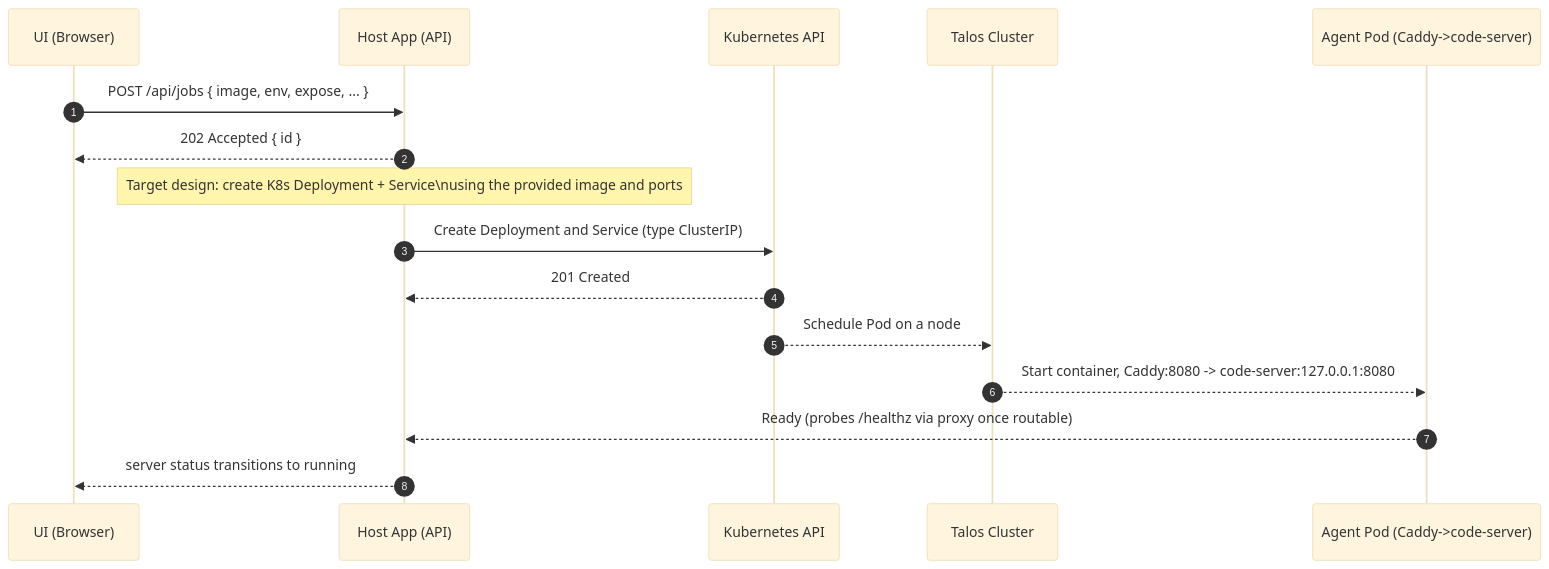
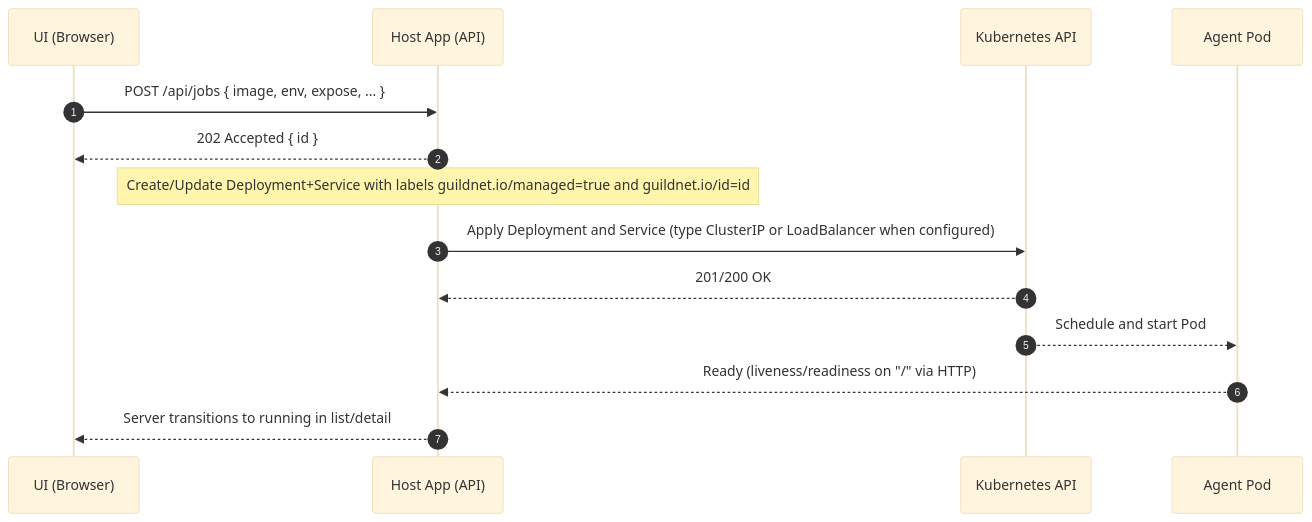
The second of 3 diagrams in architecture.md (docxology/GuildNet), drawn with Mermaid (base theme) before and after one commit. The commit also changed other lines of this file, not shown here.

Commit message:
docs: Revise architecture document for clarity and detail; update goals, components, and flow descriptions

````diff
--- a/architecture.md
+++ b/architecture.md
@@ -98,19 +101,17 @@
 ```mermaid
 sequenceDiagram
   autonumber
   participant U as UI (Browser)
   participant B as Host App (API)
   participant K as Kubernetes API
-  participant C as Talos Cluster
-  participant P as Agent Pod (Caddy->code-server)
+  participant P as Agent Pod
 
   U->>B: POST /api/jobs { image, env, expose, ... }
   B-->>U: 202 Accepted { id }
-  Note over B: Target design: create K8s Deployment + Service\nusing the provided image and ports
-  B->>K: Create Deployment and Service (type ClusterIP)
-  K-->>B: 201 Created
-  K-->>C: Schedule Pod on a node
-  C-->>P: Start container, Caddy:8080 -> code-server:127.0.0.1:8080
-  P-->>B: Ready (probes /healthz via proxy once routable)
-  B-->>U: server status transitions to running
+  Note over B: Create/Update Deployment+Service with labels guildnet.io/managed=true and guildnet.io/id=id
+  B->>K: Apply Deployment and Service (type ClusterIP or LoadBalancer when configured)
+  K-->>B: 201/200 OK
+  K-->>P: Schedule and start Pod
+  P-->>B: Ready (liveness/readiness on "/" via HTTP)
+  B-->>U: Server transitions to running in list/detail
 ```
````
